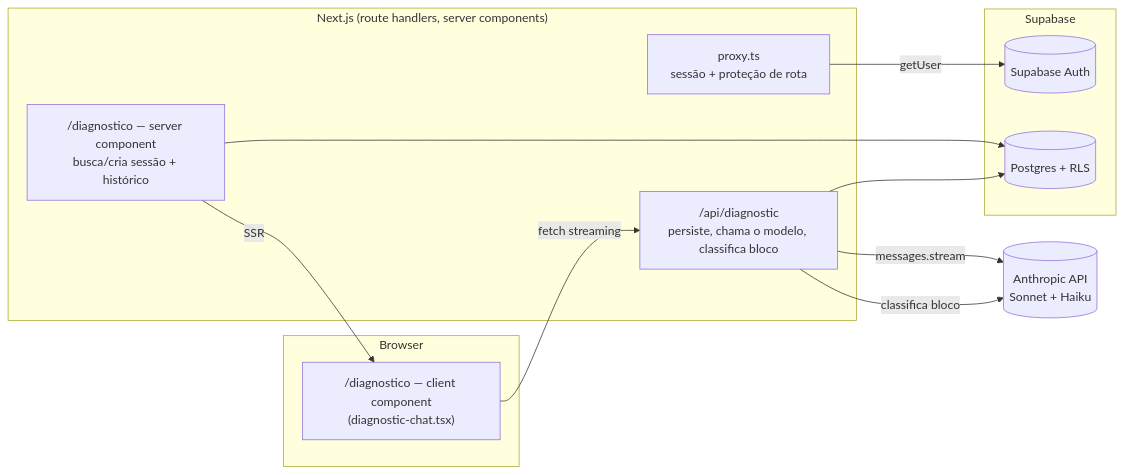
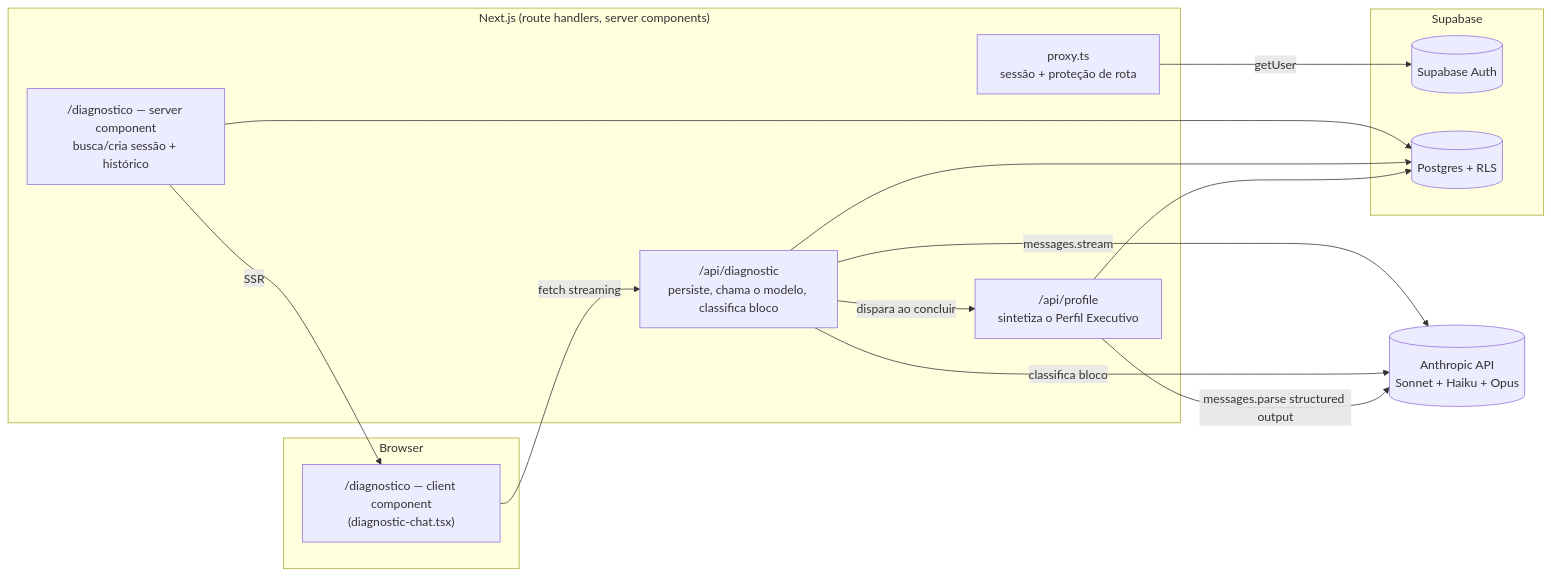
One commit to lobarbosa/zenith-edu changed the first of 3 diagrams in docs/ARCHITECTURE.md. Above: the diagram before and after it, drawn with Mermaid. The commit also changed other lines of this file and 9 other files, not shown here.

````diff
--- a/docs/ARCHITECTURE.md
+++ b/docs/ARCHITECTURE.md
@@ -48,27 +53,31 @@
 ```mermaid
 flowchart LR
     subgraph Browser
         UI["/diagnostico — client component<br/>(diagnostic-chat.tsx)"]
     end
 
     subgraph Vercel["Next.js (route handlers, server components)"]
         Proxy["proxy.ts<br/>sessão + proteção de rota"]
         Page["/diagnostico — server component<br/>busca/cria sessão + histórico"]
         API["/api/diagnostic<br/>persiste, chama o modelo, classifica bloco"]
+        Profile["/api/profile<br/>sintetiza o Perfil Executivo"]
     end
 
     subgraph Supabase
         Auth[(Supabase Auth)]
         DB[(Postgres + RLS)]
     end
 
-    Anthropic[(Anthropic API<br/>Sonnet + Haiku)]
+    Anthropic[(Anthropic API<br/>Sonnet + Haiku + Opus)]
 
     UI -->|fetch streaming| API
     Page -->|SSR| UI
     Proxy -->|getUser| Auth
     Page --> DB
     API --> DB
     API -->|messages.stream| Anthropic
     API -->|classifica bloco| Anthropic
+    API -->|dispara ao concluir| Profile
+    Profile --> DB
+    Profile -->|messages.parse structured output| Anthropic
 ```
````
